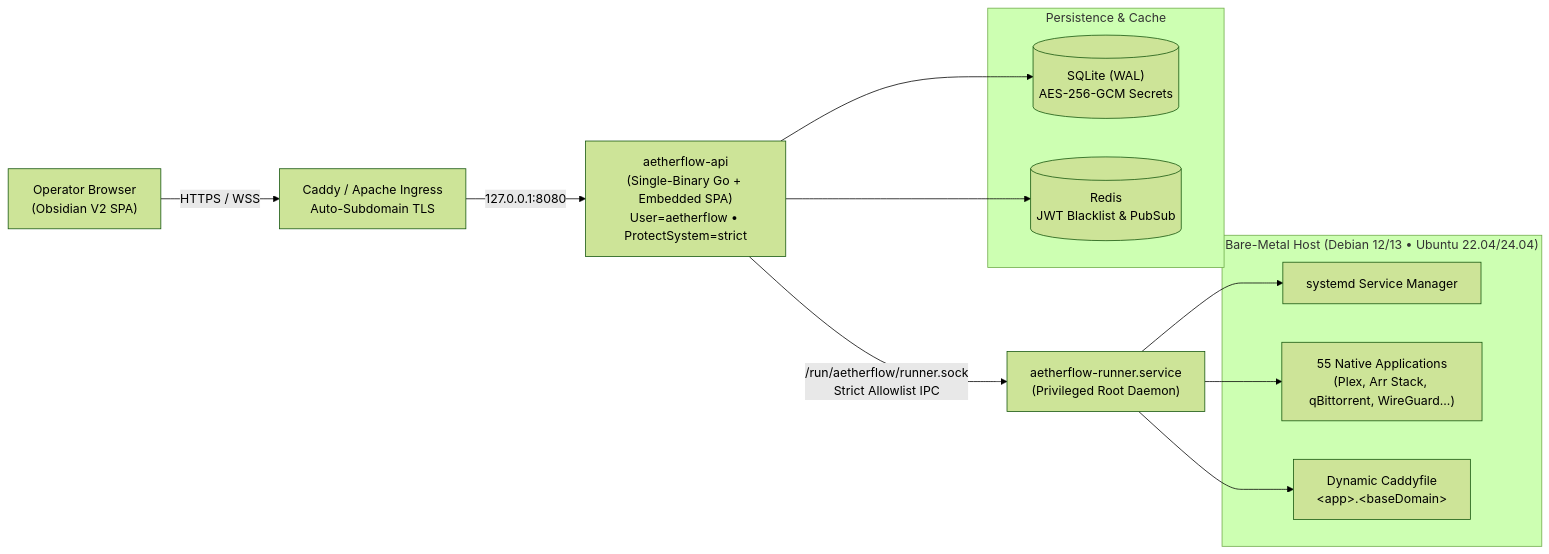
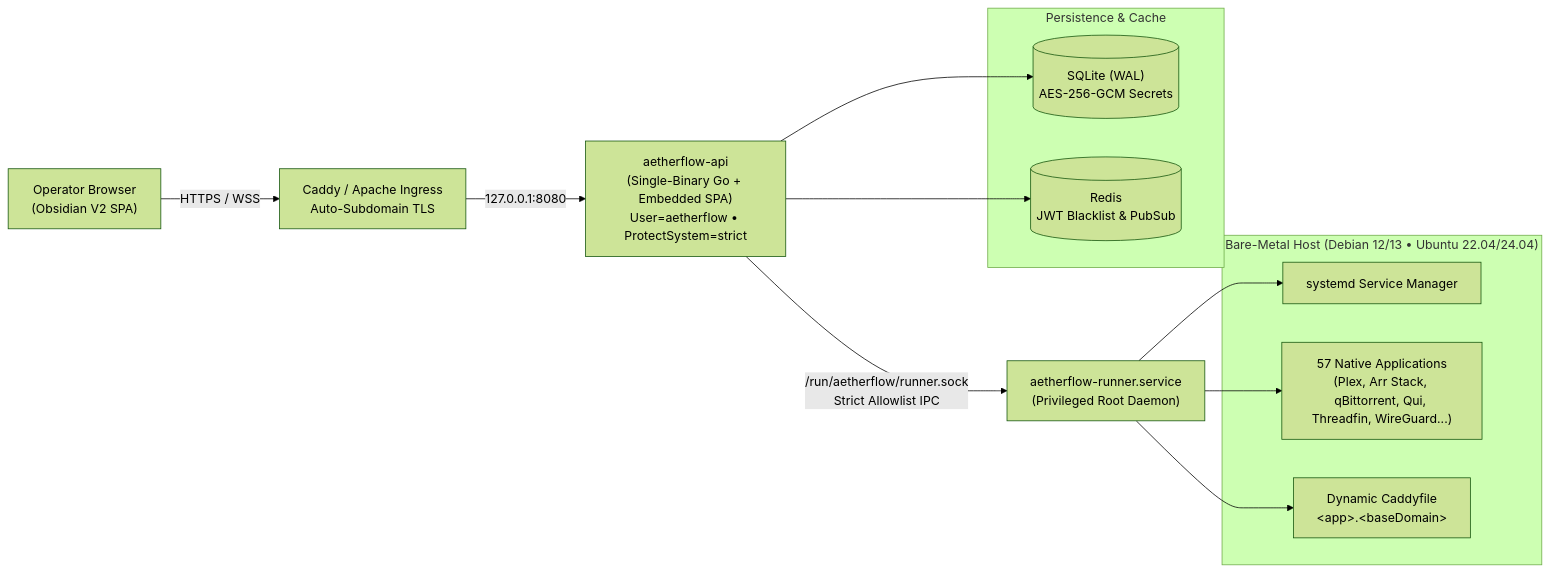
The diagram in README.md (McEveritts/AetherFlow), drawn with Mermaid (forest theme) before and after one commit. The commit also changed other lines of this file and 18 other files, not shown here.

Commit message:
feat(catalog): add Qui and Threadfin bare-metal packages (57 apps)

````diff
--- a/README.md
+++ b/README.md
@@ -53,25 +53,25 @@
 ```mermaid
 flowchart LR
     Operator["Operator Browser<br/>(Obsidian V2 SPA)"] -->|HTTPS / WSS| Ingress["Caddy / Apache Ingress<br/>Auto-Subdomain TLS"]
     Ingress -->|127.0.0.1:8080| API["aetherflow-api<br/>(Single-Binary Go + Embedded SPA)<br/>User=aetherflow • ProtectSystem=strict"]
 
     subgraph State["Persistence & Cache"]
         SQLite[("SQLite (WAL)<br/>AES-256-GCM Secrets")]
         Redis[("Redis<br/>JWT Blacklist & PubSub")]
     end
 
     API --> SQLite
     API --> Redis
 
     API -->|"/run/aetherflow/runner.sock"<br/>Strict Allowlist IPC| Runner["aetherflow-runner.service<br/>(Privileged Root Daemon)"]
 
     subgraph BareMetal["Bare-Metal Host (Debian 12/13 • Ubuntu 22.04/24.04)"]
         Systemd["systemd Service Manager"]
-        Catalog["55 Native Applications<br/>(Plex, Arr Stack, qBittorrent, WireGuard...)"]
+        Catalog["57 Native Applications<br/>(Plex, Arr Stack, qBittorrent, Qui, Threadfin, WireGuard...)"]
         CaddyRoutes["Dynamic Caddyfile<br/>&lt;app&gt;.&lt;baseDomain&gt;"]
     end
 
     Runner --> Systemd
     Runner --> Catalog
     Runner --> CaddyRoutes
 ```
````
